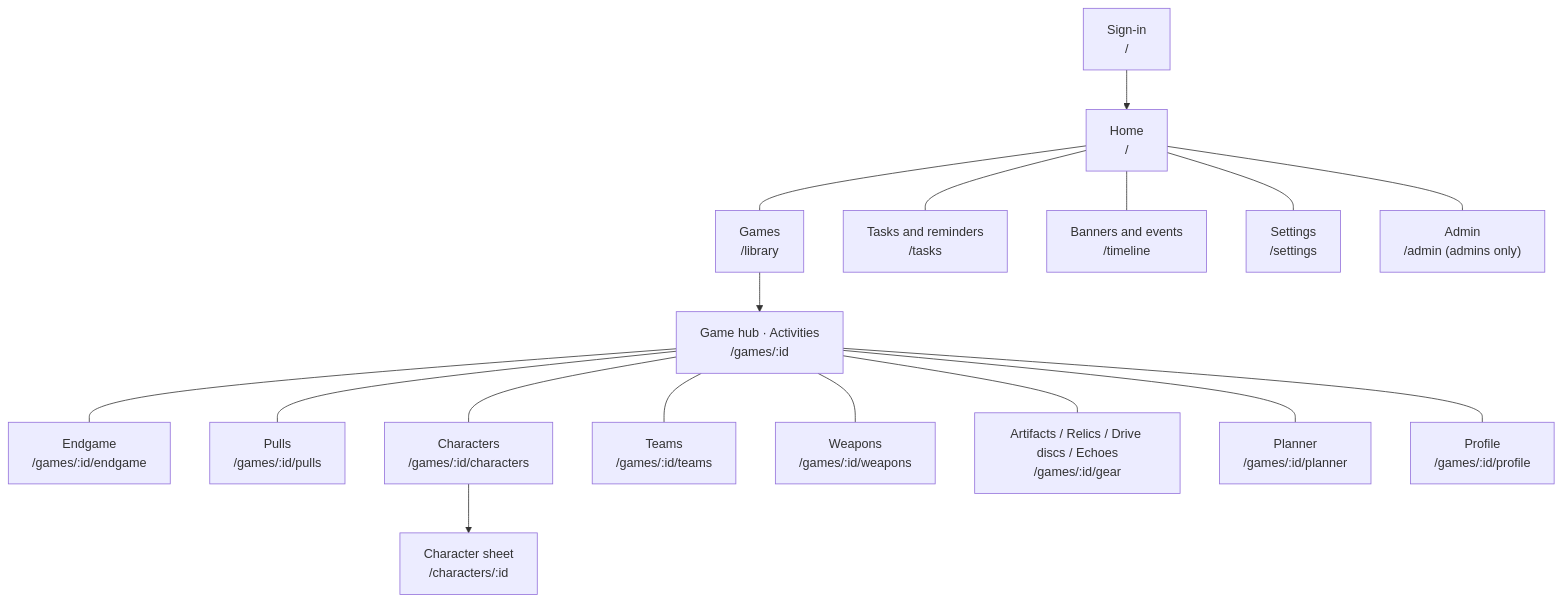
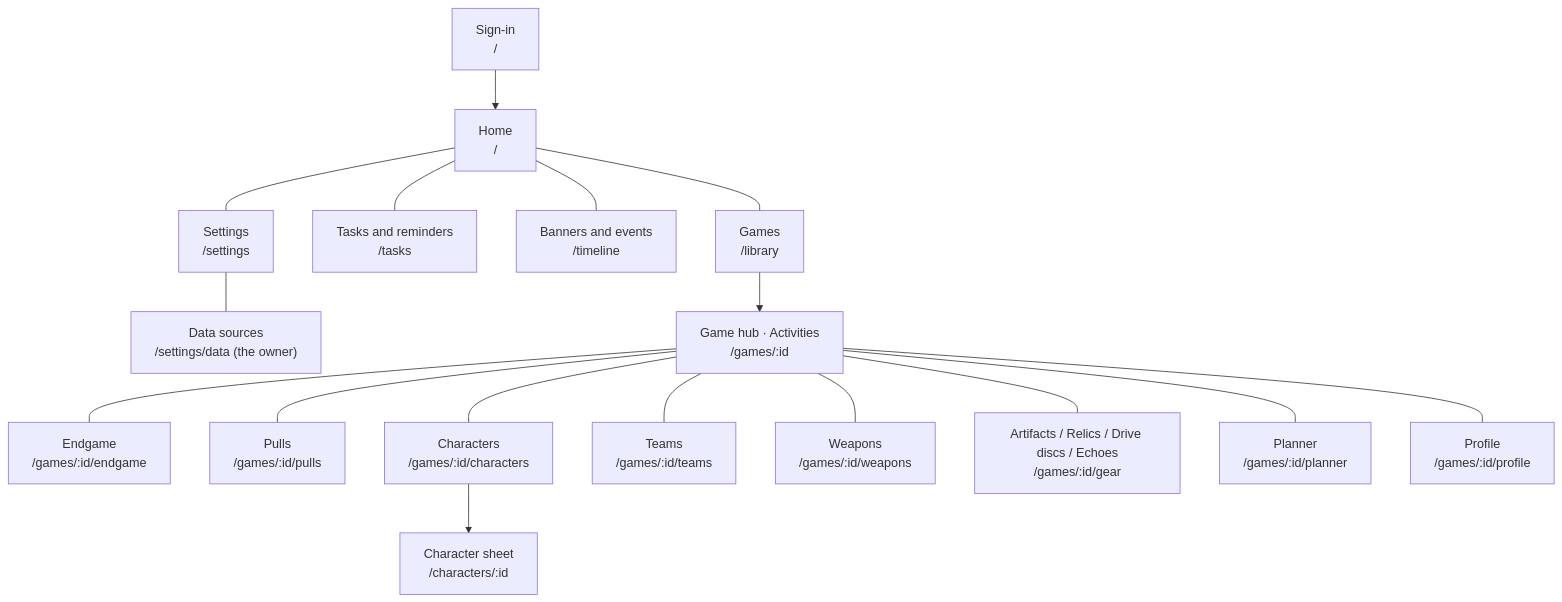
One commit to adam-riffi/gacha-hub changed the sixth of 6 diagrams in docs/PROJECT-GUIDE.md. Above: the diagram before and after it, drawn with Mermaid. The commit also changed other lines of this file and 46 other files, not shown here.

````diff
--- a/docs/PROJECT-GUIDE.md
+++ b/docs/PROJECT-GUIDE.md
@@ -250,19 +250,19 @@
 ```mermaid
 flowchart TB
   L["Sign-in<br/>/"] --> H["Home<br/>/"]
   H --- G["Games<br/>/library"]
   H --- T["Tasks and reminders<br/>/tasks"]
   H --- C["Banners and events<br/>/timeline"]
   H --- S["Settings<br/>/settings"]
-  H --- AD["Admin<br/>/admin (admins only)"]
+  S --- AD["Data sources<br/>/settings/data (the owner)"]
   G --> A["Game hub · Activities<br/>/games/:id"]
   A --- EG["Endgame<br/>/games/:id/endgame"]
   A --- PU["Pulls<br/>/games/:id/pulls"]
   A --- CH["Characters<br/>/games/:id/characters"]
   A --- TE["Teams<br/>/games/:id/teams"]
   A --- WE["Weapons<br/>/games/:id/weapons"]
   A --- GR["Artifacts / Relics / Drive discs / Echoes<br/>/games/:id/gear"]
   A --- PL["Planner<br/>/games/:id/planner"]
   A --- PR["Profile<br/>/games/:id/profile"]
   CH --> SH["Character sheet<br/>/characters/:id"]
 ```
````
